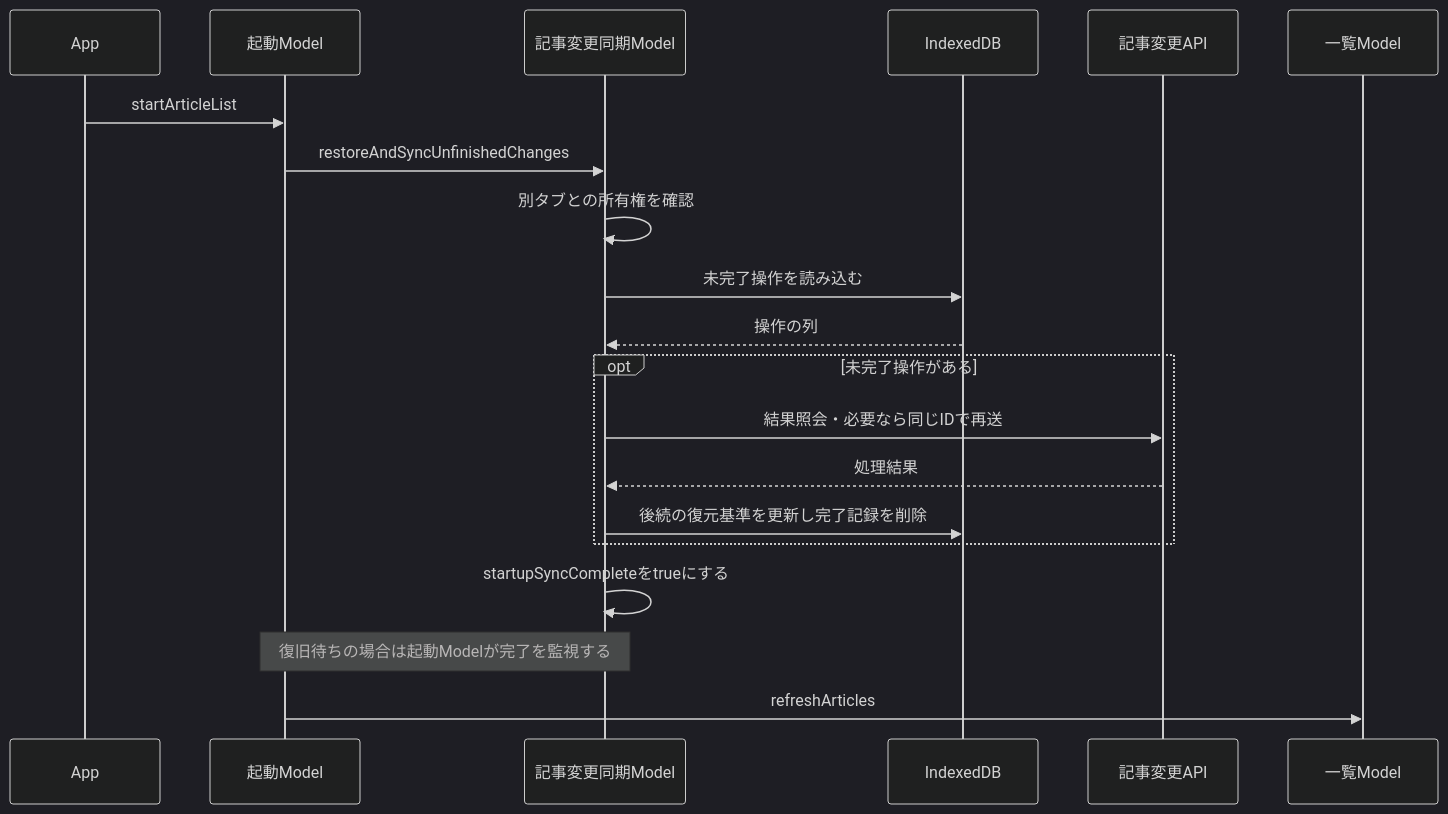
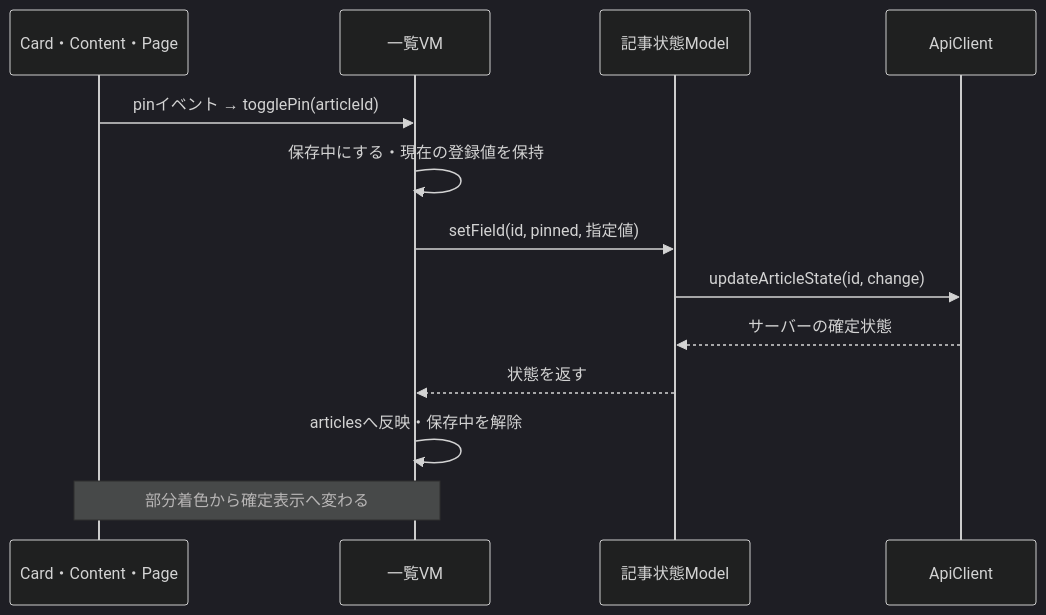
The third of 4 diagrams in docs/frontend-architecture.md (BeppuKanato/it-discovery), drawn with Mermaid (dark theme) before and after one commit. The commit also changed other lines of this file and 9 other files, not shown here.

````diff
--- a/docs/frontend-architecture.md
+++ b/docs/frontend-architecture.md
@@ -126,22 +81,15 @@
 ```mermaid
 sequenceDiagram
-  participant App as App
-  participant Start as 起動Model
-  participant Sync as 記事変更同期Model
-  participant Local as IndexedDB
-  participant API as 記事変更API
-  participant List as 一覧Model
-  App->>Start: startArticleList
-  Start->>Sync: restoreAndSyncUnfinishedChanges
-  Sync->>Sync: 別タブとの所有権を確認
-  Sync->>Local: 未完了操作を読み込む
-  Local-->>Sync: 操作の列
-  opt 未完了操作がある
-    Sync->>API: 結果照会・必要なら同じIDで再送
-    API-->>Sync: 処理結果
-    Sync->>Local: 後続の復元基準を更新し完了記録を削除
-  end
-  Sync->>Sync: startupSyncCompleteをtrueにする
-  Note over Start,Sync: 復旧待ちの場合は起動Modelが完了を監視する
-  Start->>List: refreshArticles
+  participant V as Card・Content・Page
+  participant VM as 一覧VM
+  participant M as 記事状態Model
+  participant API as ApiClient
+  V->>VM: pinイベント → togglePin(articleId)
+  VM->>VM: 保存中にする・現在の登録値を保持
+  VM->>M: setField(id, pinned, 指定値)
+  M->>API: updateArticleState(id, change)
+  API-->>M: サーバーの確定状態
+  M-->>VM: 状態を返す
+  VM->>VM: articlesへ反映・保存中を解除
+  Note over V,VM: 部分着色から確定表示へ変わる
 ```
````
